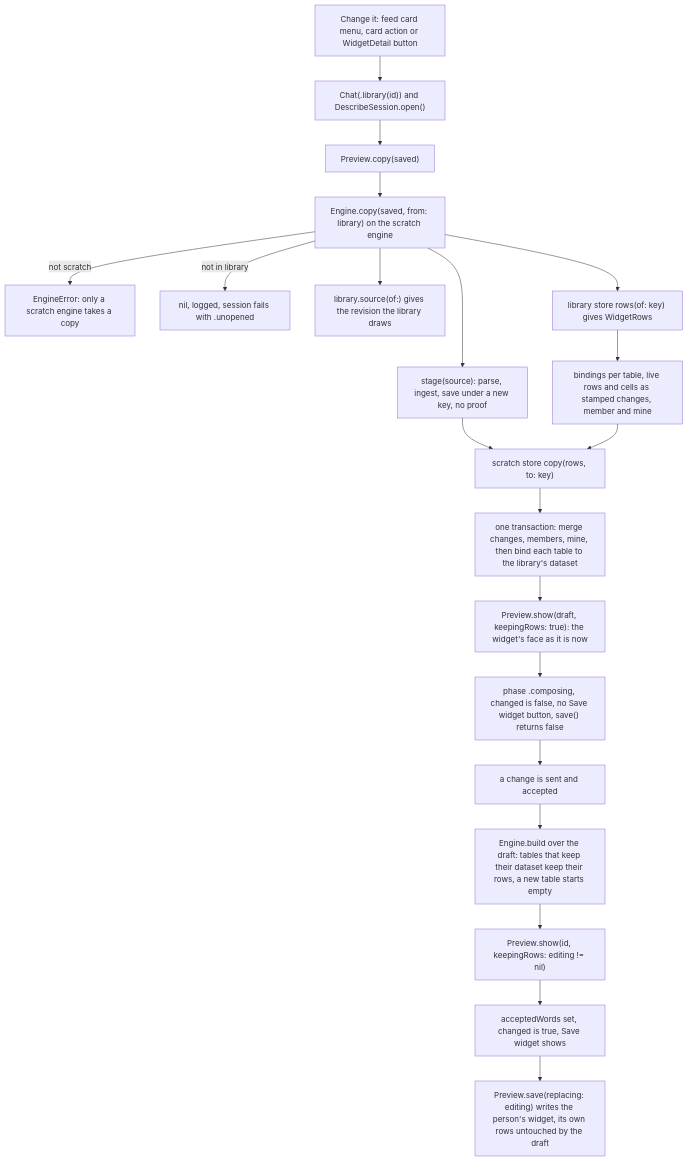
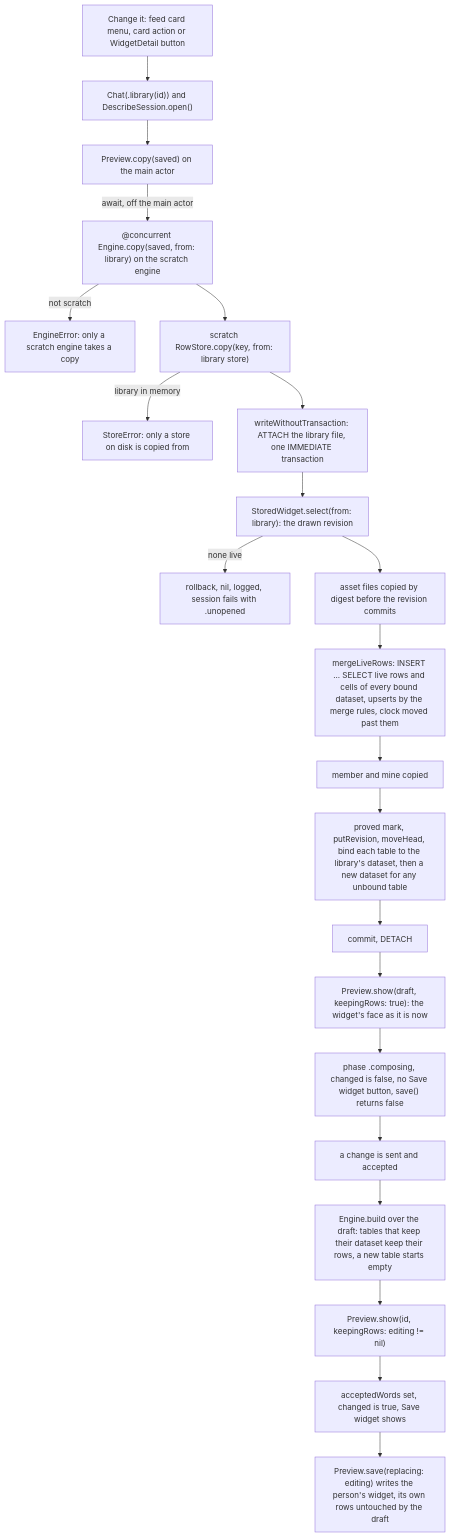
Before and after one commit to Krutik460/Widgie: the first of 5 diagrams in docs/pr/28-app-e2e-fixes.md, drawn with Mermaid. The commit also changed other lines of this file and 1 other file, not shown here.

````diff
--- a/docs/pr/28-app-e2e-fixes.md
+++ b/docs/pr/28-app-e2e-fixes.md
@@ -17,22 +18,24 @@
 ```mermaid
 flowchart TD
   TAP["Change it: feed card menu, card action or WidgetDetail button"] --> CHAT["Chat(.library(id)) and DescribeSession.open()"]
-  CHAT --> PCOPY["Preview.copy(saved)"]
-  PCOPY --> ECOPY["Engine.copy(saved, from: library) on the scratch engine"]
+  CHAT --> PCOPY["Preview.copy(saved) on the main actor"]
+  PCOPY -->|await, off the main actor| ECOPY["@concurrent Engine.copy(saved, from: library) on the scratch engine"]
   ECOPY -->|not scratch| THROW["EngineError: only a scratch engine takes a copy"]
-  ECOPY -->|not in library| NIL["nil, logged, session fails with .unopened"]
-  ECOPY --> SRC["library.source(of:) gives the revision the library draws"]
-  ECOPY --> ROWS["library store rows(of: key) gives WidgetRows"]
-  ROWS --> WR["bindings per table, live rows and cells as stamped changes, member and mine"]
-  ECOPY --> STAGE["stage(source): parse, ingest, save under a new key, no proof"]
-  STAGE --> SCOPY["scratch store copy(rows, to: key)"]
-  WR --> SCOPY
-  SCOPY --> MERGE["one transaction: merge changes, members, mine, then bind each table to the library's dataset"]
-  MERGE --> SHOW["Preview.show(draft, keepingRows: true): the widget's face as it is now"]
+  ECOPY --> SCOPY["scratch RowStore.copy(key, from: library store)"]
+  SCOPY -->|library in memory| MEM["StoreError: only a store on disk is copied from"]
+  SCOPY --> ATTACH["writeWithoutTransaction: ATTACH the library file, one IMMEDIATE transaction"]
+  ATTACH --> FIND["StoredWidget.select(from: library): the drawn revision"]
+  FIND -->|none live| NIL["rollback, nil, logged, session fails with .unopened"]
+  FIND --> ASSETS["asset files copied by digest before the revision commits"]
+  ASSETS --> ROWS["mergeLiveRows: INSERT ... SELECT live rows and cells of every bound dataset, upserts by the merge rules, clock moved past them"]
+  ROWS --> LOCAL["member and mine copied"]
+  LOCAL --> HEAD["proved mark, putRevision, moveHead, bind each table to the library's dataset, then a new dataset for any unbound table"]
+  HEAD --> DETACH["commit, DETACH"]
+  DETACH --> SHOW["Preview.show(draft, keepingRows: true): the widget's face as it is now"]
   SHOW --> COMPOSE["phase .composing, changed is false, no Save widget button, save() returns false"]
   COMPOSE --> SEND["a change is sent and accepted"]
   SEND --> BUILD["Engine.build over the draft: tables that keep their dataset keep their rows, a new table starts empty"]
   BUILD --> SHOW2["Preview.show(id, keepingRows: editing != nil)"]
   SHOW2 --> SAVE["acceptedWords set, changed is true, Save widget shows"]
   SAVE --> STORE["Preview.save(replacing: editing) writes the person's widget, its own rows untouched by the draft"]
 ```
````
